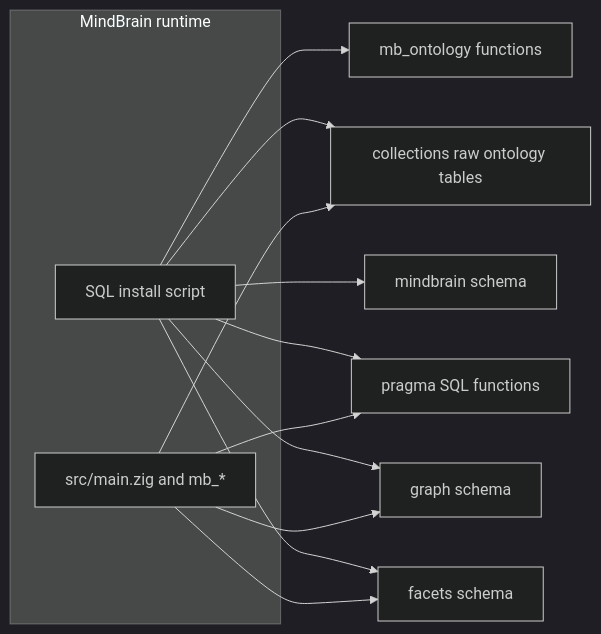
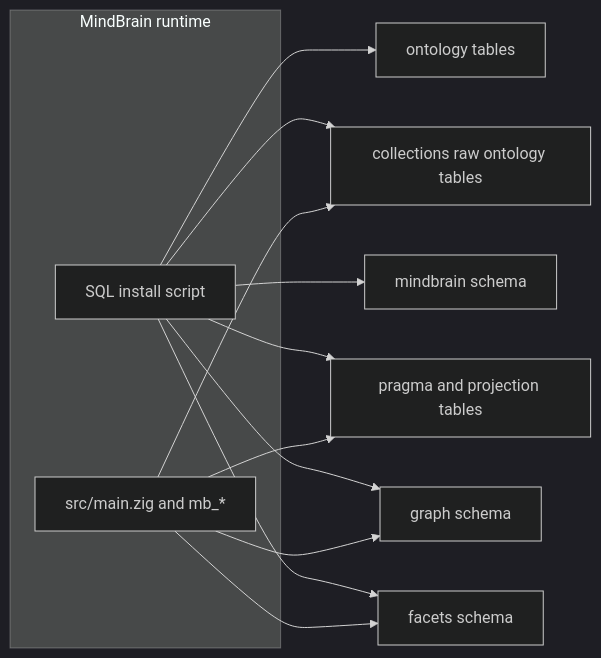
One commit to mindflight-orchestrator/mindbrain-perso changed the diagram in docs/overview.md. Above: the diagram before and after it, drawn with Mermaid (dark theme). The commit also changed other lines of this file and 39 other files, not shown here.

Commit message:
Document graph facet pragma ontology subsystems

````diff
--- a/docs/overview.md
+++ b/docs/overview.md
@@ -37,17 +37,17 @@
 ```mermaid
 flowchart LR
   subgraph runtime [MindBrain runtime]
     SQL[SQL install script]
     Zig[src/main.zig and mb_*]
   end
   SQL --> facetsSch[facets schema]
   SQL --> graphSch[graph schema]
   SQL --> mindbrainSch[mindbrain schema]
-  SQL --> pragmaFn[pragma SQL functions]
-  SQL --> ontoSch[mb_ontology functions]
+  SQL --> pragmaFn[pragma and projection tables]
+  SQL --> ontoSch[ontology tables]
   SQL --> rawOnt[collections raw ontology tables]
   Zig --> facetsSch
   Zig --> graphSch
   Zig --> pragmaFn
   Zig --> rawOnt
 ```
````
